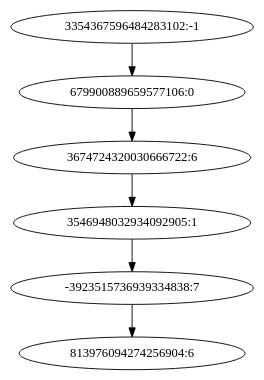
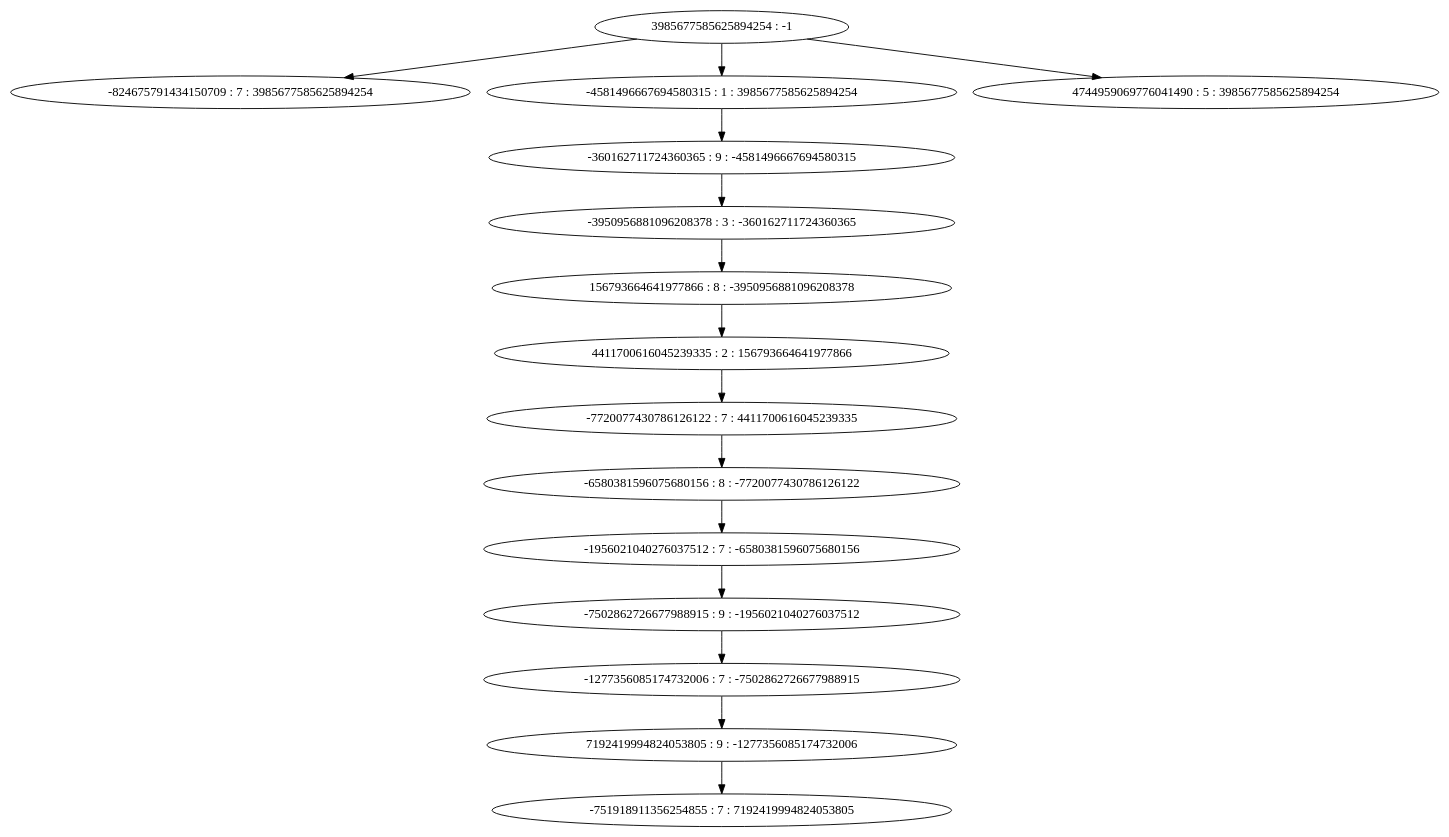
Before and after one commit to aka2910/P2P-currency-simulator: the diagram in plots_10/tree_7.dot.gv, drawn with Graphviz. The commit also changed 22 other files, not shown here.

```diff
--- a/plots_10/tree_7.dot.gv
+++ b/plots_10/tree_7.dot.gv
@@ -1,13 +1,31 @@
 digraph "plots_10/tree_7.dot" {
-	0 [label="3354367596484283102:-1"]
-	1 [label="679900889659577106:0"]
-	2 [label="3674724320030666722:6"]
-	3 [label="3546948032934092905:1"]
-	4 [label="-3923515736939334838:7"]
-	5 [label="813976094274256904:6"]
+	0 [label="3985677585625894254 : -1"]
+	1 [label="-824675791434150709 : 7 : 3985677585625894254"]
+	2 [label="-4581496667694580315 : 1 : 3985677585625894254"]
+	3 [label="4744959069776041490 : 5 : 3985677585625894254"]
+	4 [label="-360162711724360365 : 9 : -4581496667694580315"]
+	5 [label="-3950956881096208378 : 3 : -360162711724360365"]
+	6 [label="156793664641977866 : 8 : -3950956881096208378"]
+	7 [label="4411700616045239335 : 2 : 156793664641977866"]
+	8 [label="-7720077430786126122 : 7 : 4411700616045239335"]
+	9 [label="-6580381596075680156 : 8 : -7720077430786126122"]
+	10 [label="-1956021040276037512 : 7 : -6580381596075680156"]
+	11 [label="-7502862726677988915 : 9 : -1956021040276037512"]
+	12 [label="-1277356085174732006 : 7 : -7502862726677988915"]
+	13 [label="7192419994824053805 : 9 : -1277356085174732006"]
+	14 [label="-751918911356254855 : 7 : 7192419994824053805"]
+	0 -> 1
+	0 -> 2
+	2 -> 4
 	4 -> 5
-	0 -> 1
-	1 -> 2
-	3 -> 4
-	2 -> 3
+	5 -> 6
+	6 -> 7
+	7 -> 8
+	8 -> 9
+	9 -> 10
+	10 -> 11
+	11 -> 12
+	12 -> 13
+	13 -> 14
+	0 -> 3
 }
```
